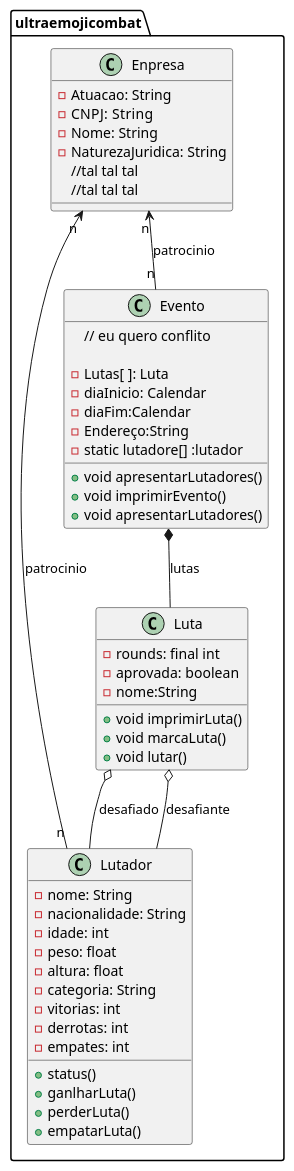
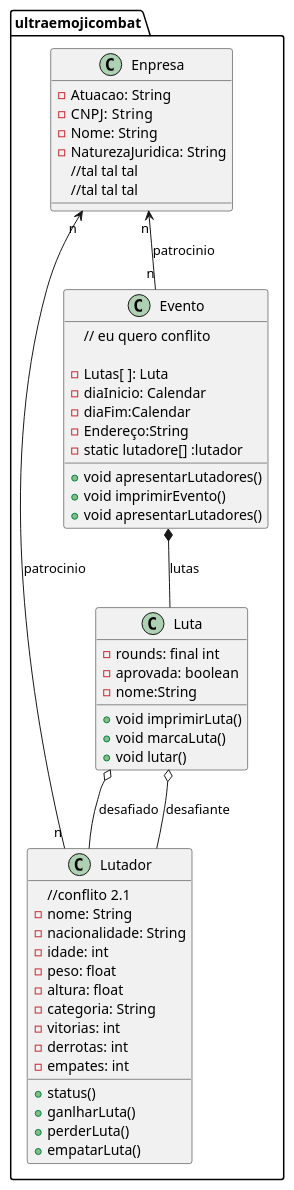
The diagram in exercicio.wsd (guisiq/ultraemojicombat), drawn with PlantUML before and after one commit.

Commit message:
conflito 2.1

```diff
--- a/exercicio.wsd
+++ b/exercicio.wsd
@@ -1,54 +1,55 @@
 @startuml exercicio
 package  ultraemojicombat <<folder>>{
 
     class Lutador{
+        //conflito 2.1
         - nome: String
         - nacionalidade: String
         - idade: int   
         - peso: float 
         - altura: float 
         - categoria: String
         - vitorias: int   
         - derrotas: int   
         - empates: int   
 
         + status()
         + ganlharLuta()
         + perderLuta()
         + empatarLuta()    
     }
     class Luta{
         - rounds: final int
         - aprovada: boolean
         - nome:String
         + void imprimirLuta()
         + void marcaLuta()
         + void lutar()
     }
     class Enpresa{
         - Atuacao: String
         - CNPJ:  String
         - Nome: String
         - NaturezaJuridica: String
         //tal tal tal
         //tal tal tal
     }
     class Evento{
         // eu quero conflito 
         
         - Lutas[ ]: Luta
         - diaInicio: Calendar
         - diaFim:Calendar
         - Endereço:String
         - static lutadore[] :lutador
         + void apresentarLutadores()
         + void imprimirEvento()
         + void apresentarLutadores()
     }
     Evento *-- Luta: lutas
     Luta o-- Lutador: desafiado
     Luta o-- Lutador: desafiante
     Enpresa "n" <-- "n" Lutador :patrocinio
     Enpresa "n" <-- "n" Evento  :patrocinio
 }
 @enduml
```
